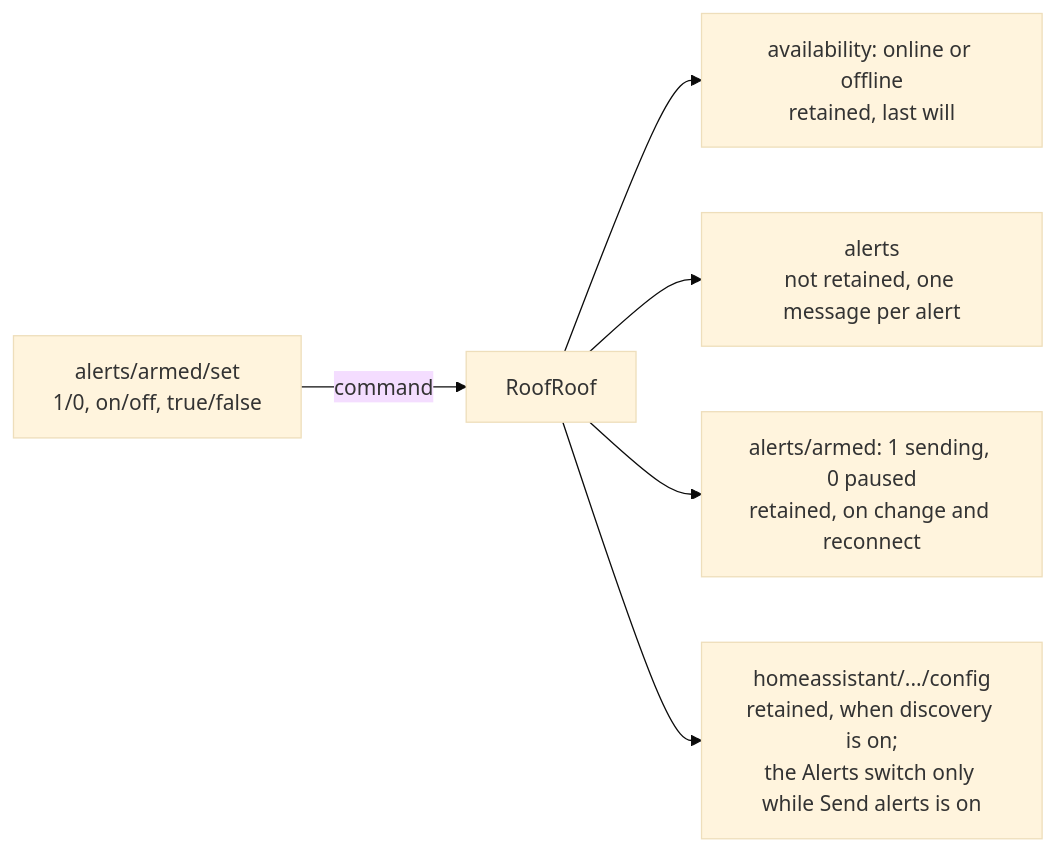
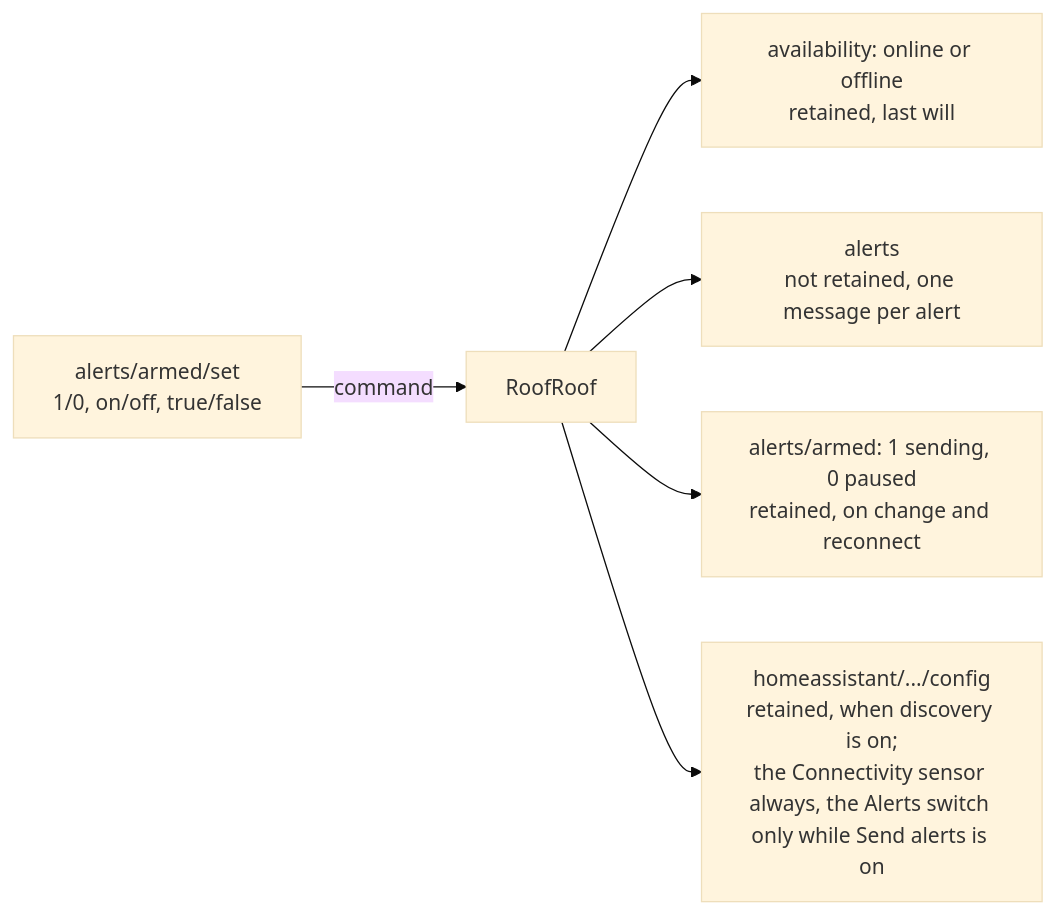
The diagram in docs/user-guide/mqtt.md (DeanJ87/RoofRoof), drawn with Mermaid (base theme) before and after one commit. The commit also changed other lines of this file and 30 other files, not shown here.

````diff
--- a/docs/user-guide/mqtt.md
+++ b/docs/user-guide/mqtt.md
@@ -57,10 +57,10 @@
 ```mermaid
 flowchart LR
     accTitle: MQTT topic map
     accDescr: RoofRoof listens on alerts/armed/set and publishes availability, alerts and alerts/armed under its base topic, plus Home Assistant discovery under the discovery prefix.
     SET["alerts/armed/set<br/>1/0, on/off, true/false"] -->|command| D["RoofRoof"]
     D --> AVAIL["availability: online or offline<br/>retained, last will"]
     D --> ALERTS["alerts<br/>not retained, one message per alert"]
     D --> ARMED["alerts/armed: 1 sending, 0 paused<br/>retained, on change and reconnect"]
-    D --> DISC["homeassistant/.../config<br/>retained, when discovery is on;<br/>the Alerts switch only while Send alerts is on"]
+    D --> DISC["homeassistant/.../config<br/>retained, when discovery is on;<br/>the Connectivity sensor always, the Alerts switch only while Send alerts is on"]
 ```
````
